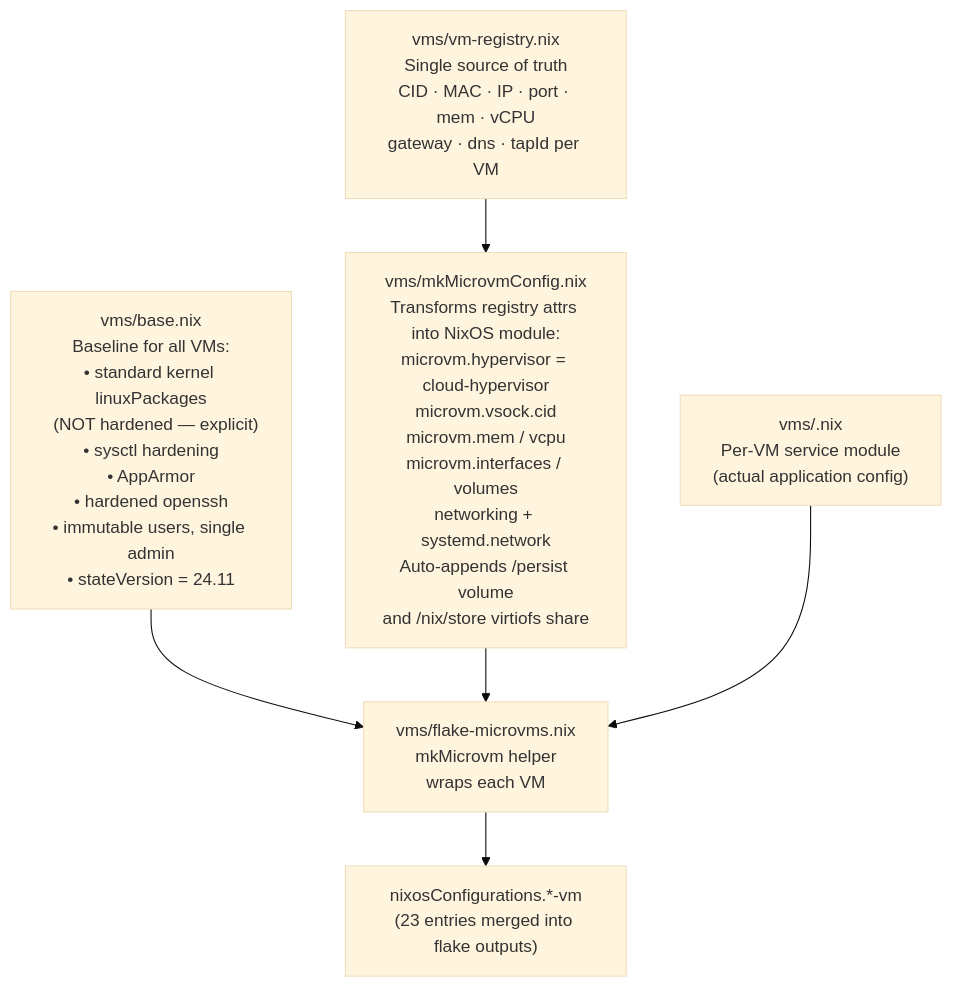
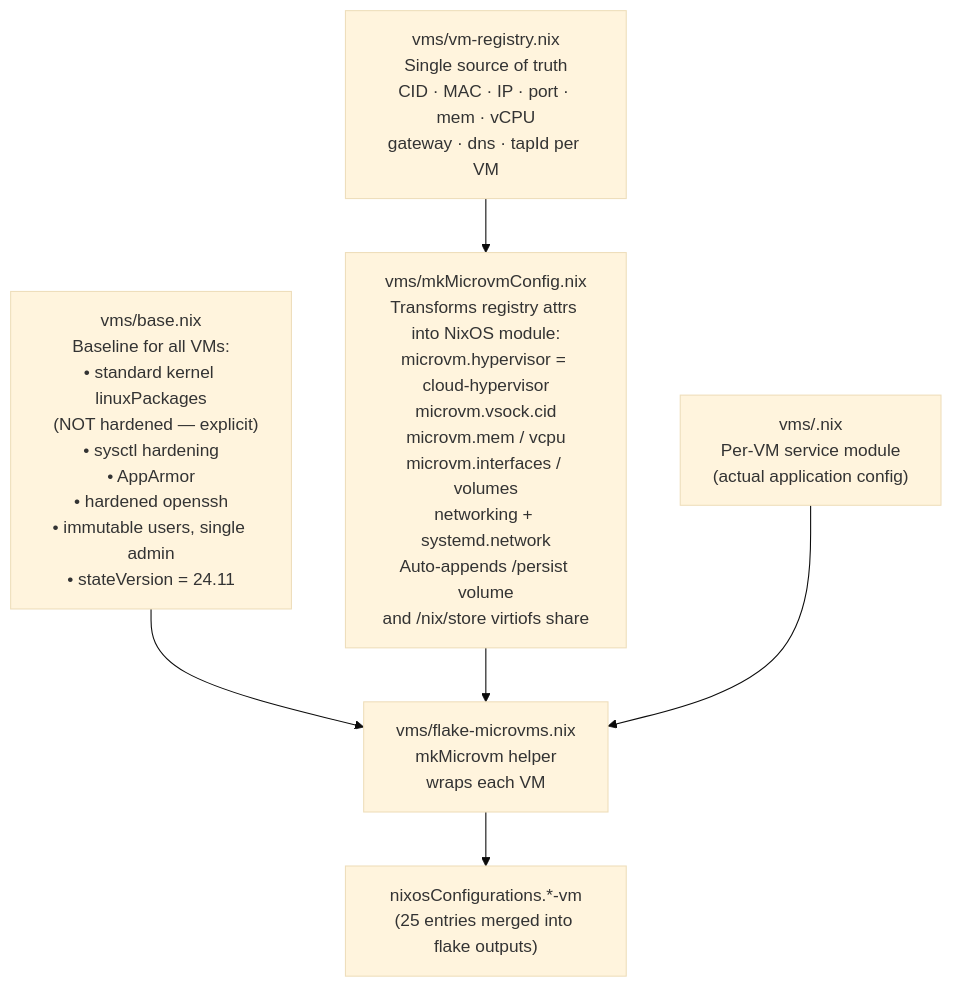
One commit to telometto/nix-config changed the ninth of 10 diagrams in docs/Project_Architecture_Blueprint.md. Above: the diagram before and after it, drawn with Mermaid (base theme). The commit also changed other lines of this file and 7 other files, not shown here.

````diff
--- a/docs/Project_Architecture_Blueprint.md
+++ b/docs/Project_Architecture_Blueprint.md
@@ -357,15 +358,15 @@
 ```mermaid
 flowchart TD
     REG["vms/vm-registry.nix\nSingle source of truth\nCID · MAC · IP · port · mem · vCPU\ngateway · dns · tapId per VM"]
     BASE["vms/base.nix\nBaseline for all VMs:\n• standard kernel linuxPackages\n  (NOT hardened — explicit)\n• sysctl hardening\n• AppArmor\n• hardened openssh\n• immutable users, single admin\n• stateVersion = 24.11"]
     MK["vms/mkMicrovmConfig.nix\nTransforms registry attrs into NixOS module:\nmicrovm.hypervisor = cloud-hypervisor\nmicrovm.vsock.cid\nmicrovm.mem / vcpu\nmicrovm.interfaces / volumes\nnetworking + systemd.network\nAuto-appends /persist volume\nand /nix/store virtiofs share"]
     SVC["vms/<name>.nix\nPer-VM service module\n(actual application config)"]
     FM["vms/flake-microvms.nix\nmkMicrovm helper\nwraps each VM"]
-    OUT["nixosConfigurations.*-vm\n(23 entries merged into flake outputs)"]
+    OUT["nixosConfigurations.*-vm\n(25 entries merged into flake outputs)"]
 
     REG --> MK
     BASE --> FM
     MK --> FM
     SVC --> FM
     FM --> OUT
 ```
````
